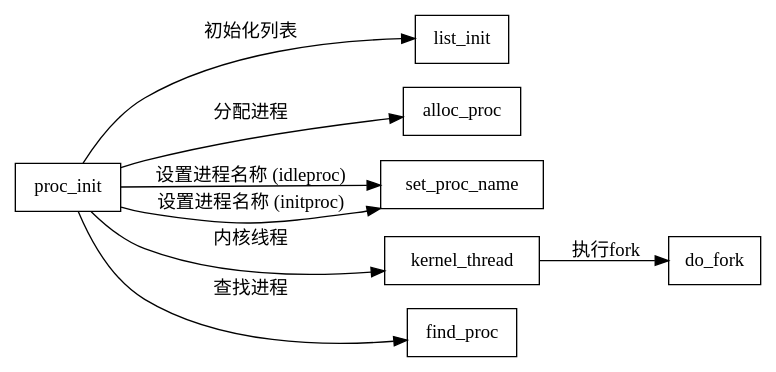
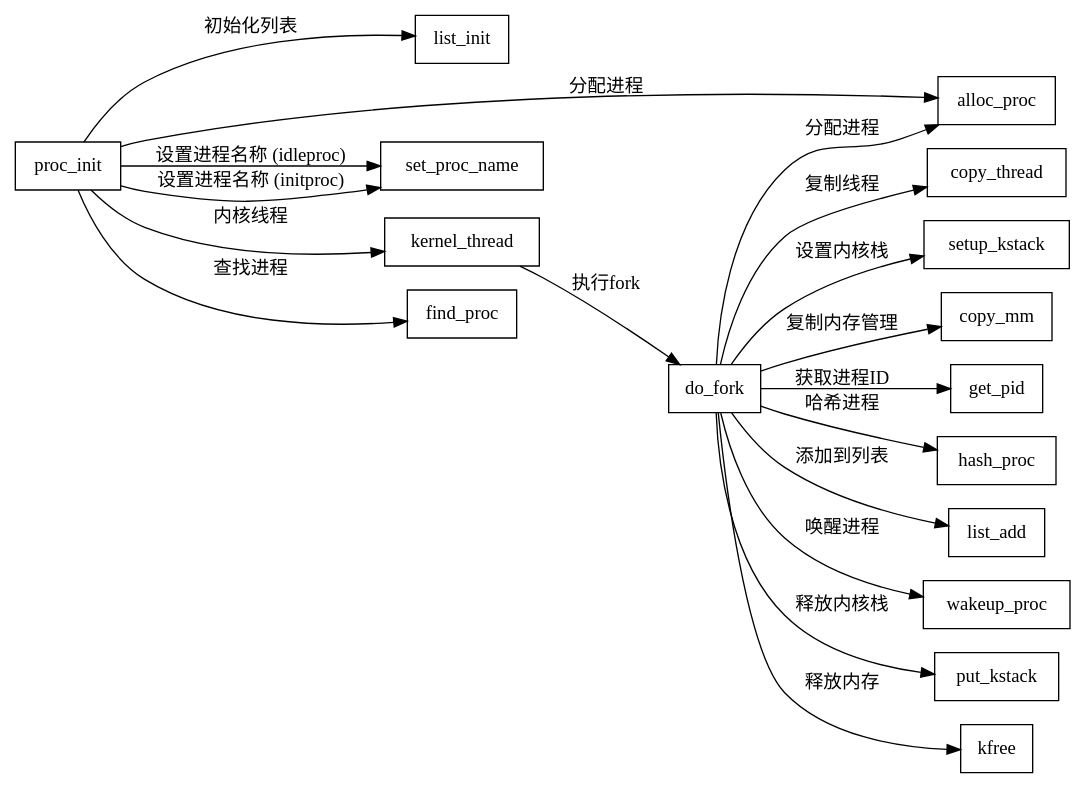
One commit to 2212323/OSlab changed the diagram in proc.dot. Above: the diagram before and after it, drawn with Graphviz. The commit also changed 5 other files, not shown here.

```diff
--- a/proc.dot
+++ b/proc.dot
@@ -1,13 +1,24 @@
 digraph proc_init_call_graph {
     rankdir=LR;
     node [shape=box];
 
     proc_init -> list_init [label="初始化列表"];
     proc_init -> alloc_proc [label="分配进程"];
     proc_init -> set_proc_name [label="设置进程名称 (idleproc)"];
     proc_init -> kernel_thread [label="内核线程"];
     proc_init -> find_proc [label="查找进程"];
     proc_init -> set_proc_name [label="设置进程名称 (initproc)"];
 
     kernel_thread -> do_fork [label="执行fork"];
+
+    do_fork -> copy_thread [label="复制线程"];
+    do_fork -> alloc_proc [label="分配进程"];
+    do_fork -> setup_kstack [label="设置内核栈"];
+    do_fork -> copy_mm [label="复制内存管理"];
+    do_fork -> get_pid [label="获取进程ID"];
+    do_fork -> hash_proc [label="哈希进程"];
+    do_fork -> list_add [label="添加到列表"];
+    do_fork -> wakeup_proc [label="唤醒进程"];
+    do_fork -> put_kstack [label="释放内核栈"];
+    do_fork -> kfree [label="释放内存"];
 }
```
